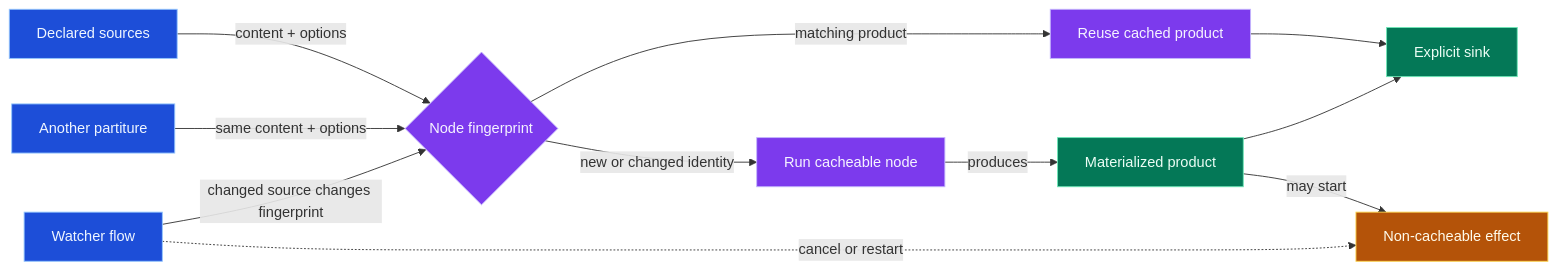
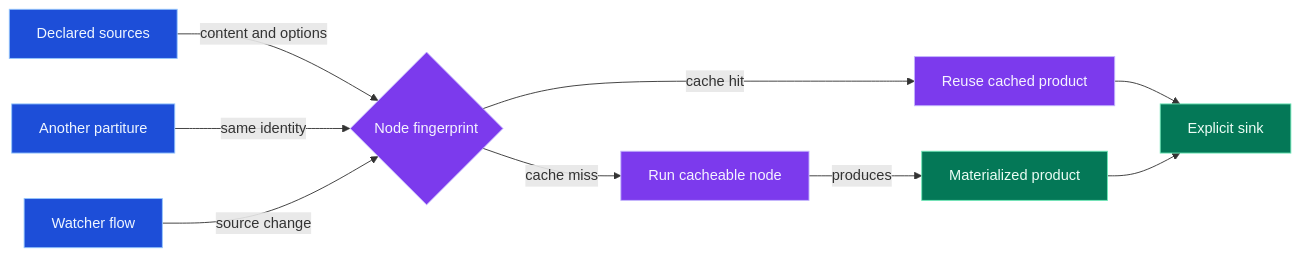
The first of 3 diagrams in REGISTRY_README.md (moonstone-sh/ballad), drawn with Mermaid before and after one commit. The commit also changed other lines of this file and 3 other files, not shown here.

````diff
--- a/REGISTRY_README.md
+++ b/REGISTRY_README.md
@@ -42,22 +62,18 @@
 ```mermaid
 flowchart LR
-  Source[Declared sources] -->|content + options| Fingerprint{Node fingerprint}
-  OtherFlow[Another partiture] -->|same content + options| Fingerprint
-  Fingerprint -->|matching product| Reuse[Reuse cached product]
-  Fingerprint -->|new or changed identity| Run[Run cacheable node]
-  Run -->|produces| Product[Materialized product]
-  Reuse --> Sink[Explicit sink]
-  Product --> Sink
-  Watch[Watcher flow] -->|changed source changes fingerprint| Fingerprint
-  Product -->|may start| Effect[Non-cacheable effect]
-  Watch -. cancel or restart .-> Effect
+  sources["Declared sources"] -->|content and options| fingerprint{"Node fingerprint"}
+  other_flow["Another partiture"] -->|same identity| fingerprint
+  watcher["Watcher flow"] -->|source change| fingerprint
+  fingerprint -->|cache hit| reuse["Reuse cached product"]
+  fingerprint -->|cache miss| execute["Run cacheable node"]
+  execute -->|produces| product["Materialized product"]
+  reuse --> sink["Explicit sink"]
+  product --> sink
 
   classDef source fill:#1d4ed8,stroke:#93c5fd,color:#eff6ff
-  classDef cache fill:#7c3aed,stroke:#c4b5fd,color:#f5f3ff
+  classDef plan fill:#7c3aed,stroke:#c4b5fd,color:#f5f3ff
   classDef product fill:#047857,stroke:#6ee7b7,color:#ecfdf5
-  classDef effect fill:#b45309,stroke:#fcd34d,color:#fffbeb
-  class Source,OtherFlow,Watch source
-  class Fingerprint,Reuse,Run cache
-  class Product,Sink product
-  class Effect effect
+  class sources,other_flow,watcher source
+  class fingerprint,reuse,execute plan
+  class product,sink product
 ```
````
